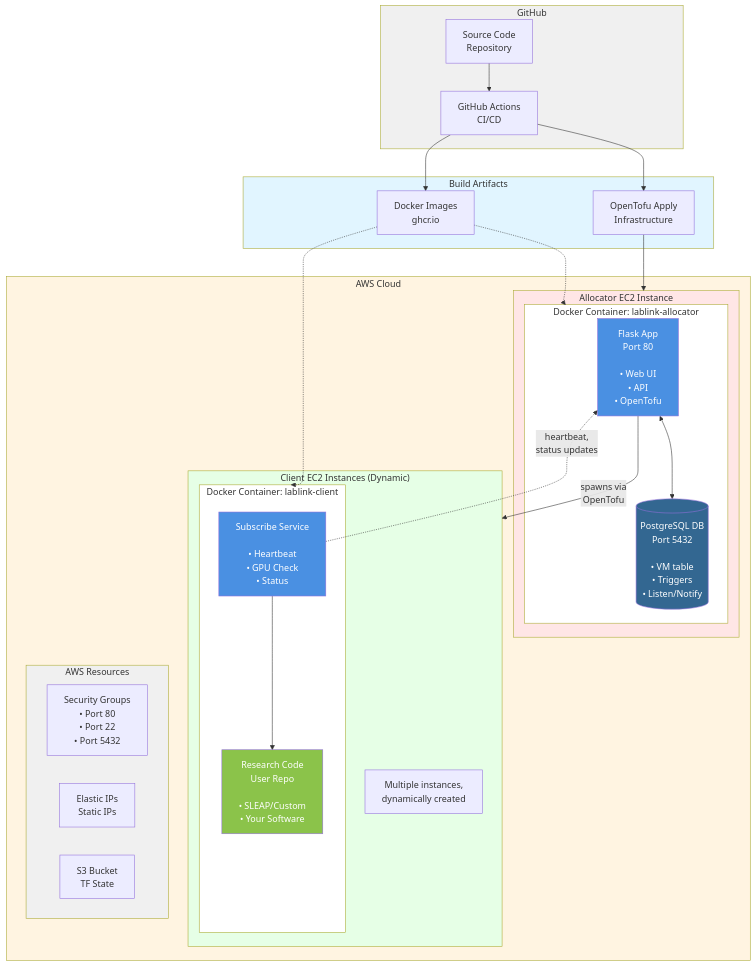
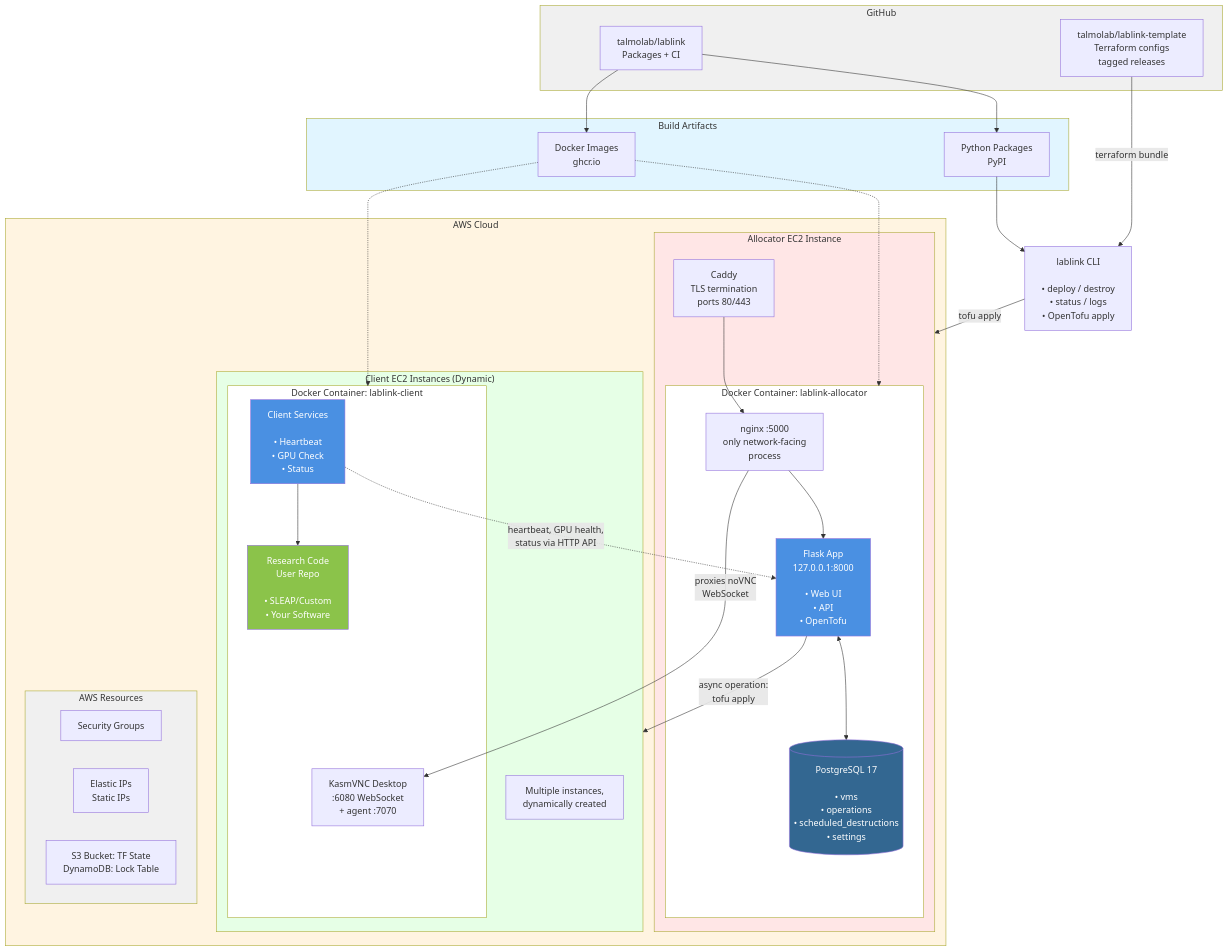
One commit to talmolab/lablink changed the first of 5 diagrams in docs/architecture.md. Above: the diagram before and after it, drawn with Mermaid. The commit also changed other lines of this file and 19 other files, not shown here.

First line of the commit message:
docs: refresh architecture/workflows pages and generate API endpoints from route docstrings (#470)

````diff
--- a/docs/architecture.md
+++ b/docs/architecture.md
@@ -7,60 +16,69 @@
 ```mermaid
 graph TB
     subgraph GitHub["GitHub"]
-        SourceCode[Source Code<br/>Repository]
-        Actions[GitHub Actions<br/>CI/CD]
-        SourceCode --> Actions
+        Lablink[talmolab/lablink<br/>Packages + CI]
+        Template[talmolab/lablink-template<br/>Terraform configs<br/>tagged releases]
     end
 
     subgraph Artifacts["Build Artifacts"]
+        PyPI[Python Packages<br/>PyPI]
         DockerImages[Docker Images<br/>ghcr.io]
-        TofuDeploy[OpenTofu Apply<br/>Infrastructure]
     end
 
-    Actions --> DockerImages
-    Actions --> TofuDeploy
+    Lablink --> PyPI
+    Lablink --> DockerImages
+
+    CLI[lablink CLI<br/><br/>• deploy / destroy<br/>• status / logs<br/>• OpenTofu apply]
+    PyPI --> CLI
+    Template -->|terraform bundle| CLI
 
     subgraph AWS["AWS Cloud"]
         subgraph AllocatorInstance["Allocator EC2 Instance"]
+            Caddy[Caddy<br/>TLS termination<br/>ports 80/443]
             subgraph AllocatorContainer["Docker Container: lablink-allocator"]
-                Flask[Flask App<br/>Port 80<br/><br/>• Web UI<br/>• API<br/>• OpenTofu]
-                PostgreSQL[(PostgreSQL DB<br/>Port 5432<br/><br/>• VM table<br/>• Triggers<br/>• Listen/Notify)]
+                Nginx[nginx :5000<br/>only network-facing<br/>process]
+                Flask[Flask App<br/>127.0.0.1:8000<br/><br/>• Web UI<br/>• API<br/>• OpenTofu]
+                PostgreSQL[(PostgreSQL 17<br/><br/>• vms<br/>• operations<br/>• scheduled_destructions<br/>• settings)]
+                Nginx --> Flask
                 Flask <--> PostgreSQL
             end
+            Caddy --> Nginx
         end
 
         subgraph ClientInstances["Client EC2 Instances (Dynamic)"]
             subgraph ClientContainer["Docker Container: lablink-client"]
-                Subscribe[Subscribe Service<br/><br/>• Heartbeat<br/>• GPU Check<br/>• Status]
+                Desktop[KasmVNC Desktop<br/>:6080 WebSocket<br/>+ agent :7070]
+                Services[Client Services<br/><br/>• Heartbeat<br/>• GPU Check<br/>• Status]
                 Research[Research Code<br/>User Repo<br/><br/>• SLEAP/Custom<br/>• Your Software]
-                Subscribe --> Research
+                Services --> Research
             end
             Note[Multiple instances,<br/>dynamically created]
         end
 
         subgraph AWSResources["AWS Resources"]
-            SecurityGroups[Security Groups<br/>• Port 80<br/>• Port 22<br/>• Port 5432]
+            SecurityGroups[Security Groups]
             ElasticIPs[Elastic IPs<br/>Static IPs]
-            S3[S3 Bucket<br/>TF State]
+            S3[S3 Bucket: TF State<br/>DynamoDB: Lock Table]
         end
     end
 
-    TofuDeploy --> AllocatorInstance
+    CLI -->|tofu apply| AllocatorInstance
     DockerImages -.-> AllocatorContainer
     DockerImages -.-> ClientContainer
-    Flask -->|spawns via<br/>OpenTofu| ClientInstances
-    Subscribe -.->|heartbeat,<br/>status updates| Flask
+    Flask -->|async operation:<br/>tofu apply| ClientInstances
+    Services -.->|heartbeat, GPU health,<br/>status via HTTP API| Flask
+    Nginx -->|proxies noVNC<br/>WebSocket| Desktop
 
     style GitHub fill:#f0f0f0
     style Artifacts fill:#e1f5ff
     style AWS fill:#fff4e1
     style AllocatorInstance fill:#ffe6e6
     style AllocatorContainer fill:#fff
     style ClientInstances fill:#e6ffe6
     style ClientContainer fill:#fff
     style AWSResources fill:#f0f0f0
     style Flask fill:#4a90e2,color:#fff
     style PostgreSQL fill:#336791,color:#fff
-    style Subscribe fill:#4a90e2,color:#fff
+    style Services fill:#4a90e2,color:#fff
     style Research fill:#8bc34a,color:#fff
 ```
````
